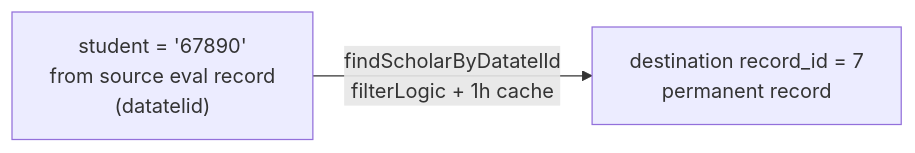
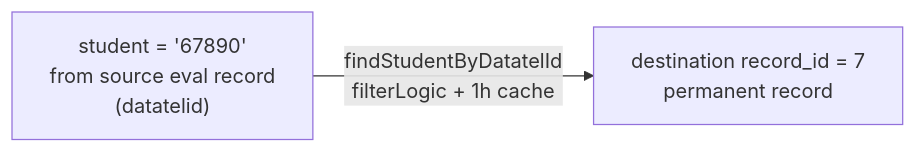
One commit to com-atg/OMM-SE changed the fourth of 4 diagrams in Docs/redcap-integration.md. Above: the diagram before and after it, drawn with Mermaid. The commit also changed other lines of this file and 7 other files, not shown here.

````diff
--- a/Docs/redcap-integration.md
+++ b/Docs/redcap-integration.md
@@ -169,4 +171,4 @@
 ```mermaid
 flowchart LR
-    A["student = '67890'\nfrom source eval record\n(datatelid)"] -->|findScholarByDatatelId\nfilterLogic + 1h cache| B["destination record_id = 7\npermanent record"]
+    A["student = '67890'\nfrom source eval record\n(datatelid)"] -->|findStudentByDatatelId\nfilterLogic + 1h cache| B["destination record_id = 7\npermanent record"]
 ```
````
